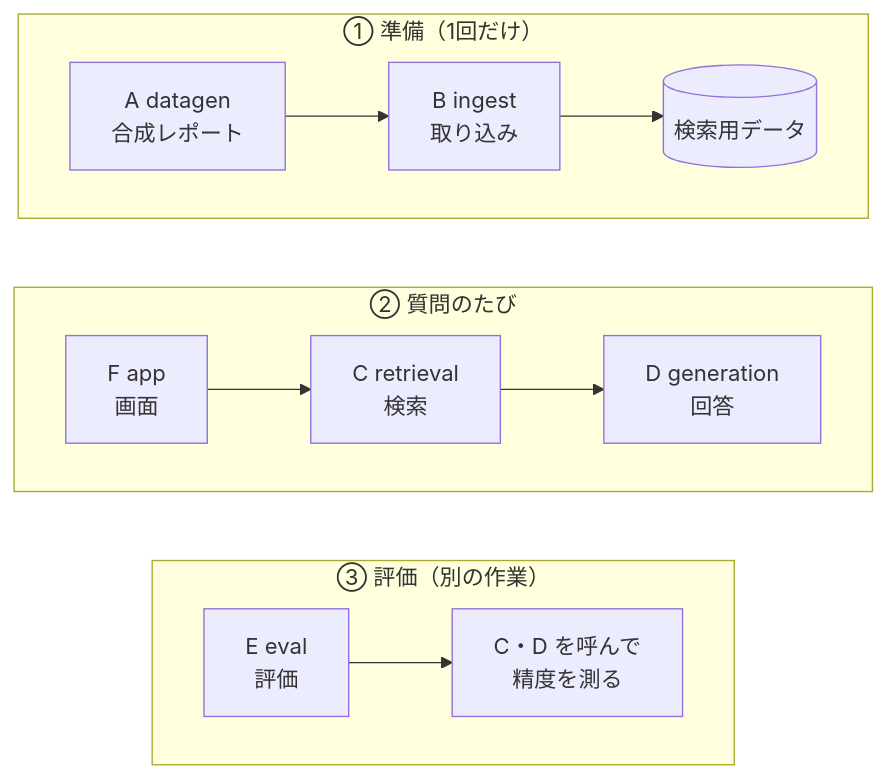
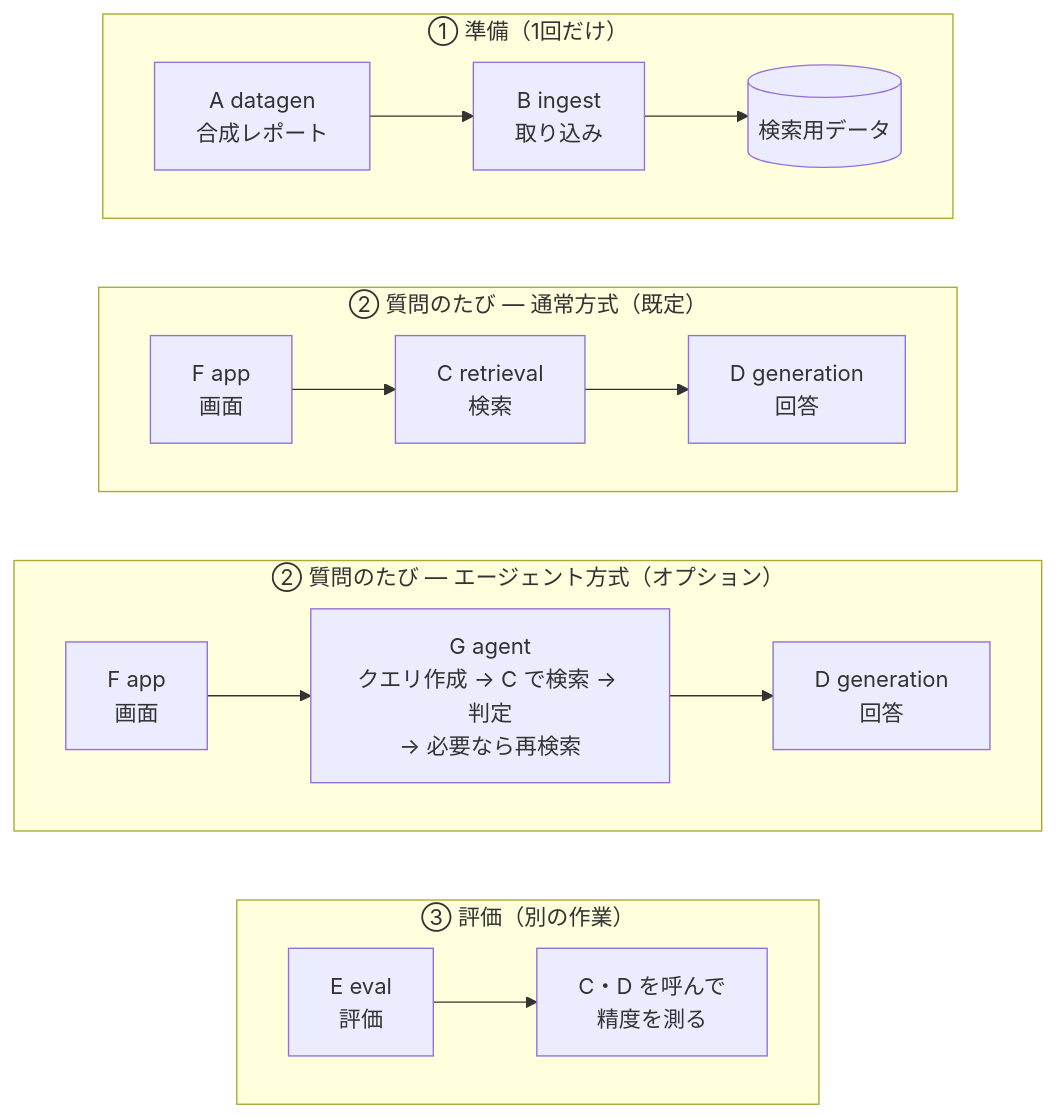
Before and after one commit to satoshi-abe-dev/silo-rag: the first of 3 diagrams in README_ja.md, drawn with Mermaid. The commit also changed other lines of this file and 1 other file, not shown here.

Commit message:
Draw the plain mode and the agent mode side by side in the architecture picture
The answer mode can be switched in the UI sidebar, but the picture showed only
the plain flow. Show both question flows as parallel rows (plain: F, C, D;
agent: F, G, D with G calling C) and say that the default agent settings
search once, so grading and re-search do not run.

````diff
--- a/README_ja.md
+++ b/README_ja.md
@@ -125,17 +125,22 @@
 ```mermaid
 graph TB
     subgraph prep["① 準備（1回だけ）"]
         direction LR
         A["A datagen<br/>合成レポート"] --> B["B ingest<br/>取り込み"] --> DB[("検索用データ")]
     end
-    subgraph ask["② 質問のたび"]
+    subgraph plain["② 質問のたび ― 通常方式（既定）"]
         direction LR
-        F["F app<br/>画面"] --> C["C retrieval<br/>検索"] --> D["D generation<br/>回答"]
+        F1["F app<br/>画面"] --> C1["C retrieval<br/>検索"] --> D1["D generation<br/>回答"]
+    end
+    subgraph agent["② 質問のたび ― エージェント方式（オプション）"]
+        direction LR
+        F2["F app<br/>画面"] --> G["G agent<br/>クエリ作成 → C で検索 → 判定<br/>→ 必要なら再検索"] --> D2["D generation<br/>回答"]
     end
     subgraph ev["③ 評価（別の作業）"]
         direction LR
         E["E eval<br/>評価"] --> CD["C・D を呼んで<br/>精度を測る"]
     end
-    prep ~~~ ask
-    ask ~~~ ev
+    prep ~~~ plain
+    plain ~~~ agent
+    agent ~~~ ev
 ```
````
